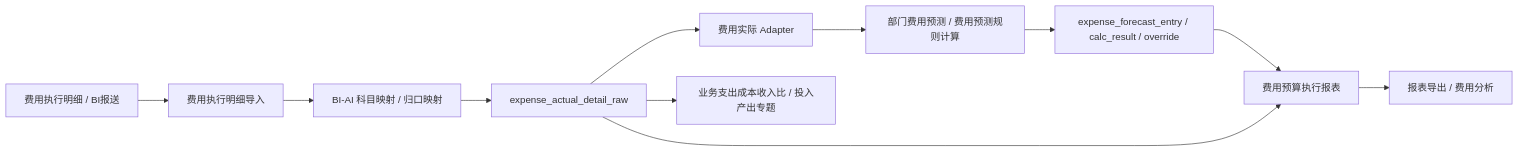
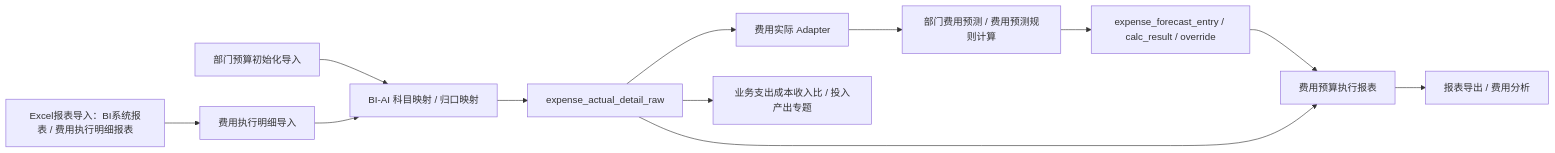
Before and after one commit to wuzhideren5-glitch/banking-budget-system-demo: the seventh of 10 diagrams in docs/superpowers/specs/2026-06-12-business-framework-layered-design.md, drawn with Mermaid. The commit also changed other lines of this file and 1 other file, not shown here.

````diff
--- a/docs/superpowers/specs/2026-06-12-business-framework-layered-design.md
+++ b/docs/superpowers/specs/2026-06-12-business-framework-layered-design.md
@@ -331,13 +332,14 @@
 ```mermaid
 flowchart LR
-  X1["费用执行明细 / BI报送"] --> X2["费用执行明细导入"]
+  X1["Excel报表导入：BI系统报表 / 费用执行明细报表"] --> X2["费用执行明细导入"]
+  X0["部门预算初始化导入"] --> X3["BI-AI 科目映射 / 归口映射"]
   X2 --> X3["BI-AI 科目映射 / 归口映射"]
   X3 --> X4["expense_actual_detail_raw"]
   X4 --> X5["费用实际 Adapter"]
   X5 --> X6["部门费用预测 / 费用预测规则计算"]
   X6 --> X7["expense_forecast_entry / calc_result / override"]
   X7 --> X8["费用预算执行报表"]
   X4 --> X8
   X8 --> X9["报表导出 / 费用分析"]
   X4 --> X10["业务支出成本收入比 / 投入产出专题"]
 ```
````
